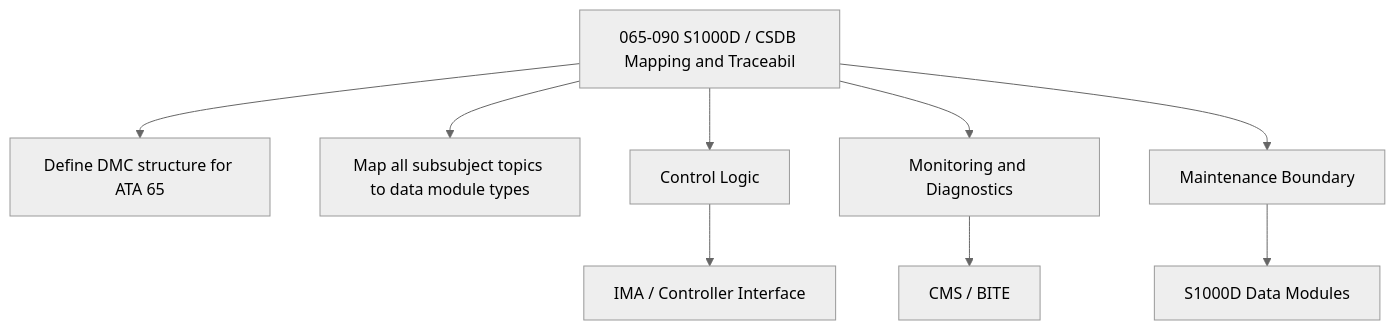
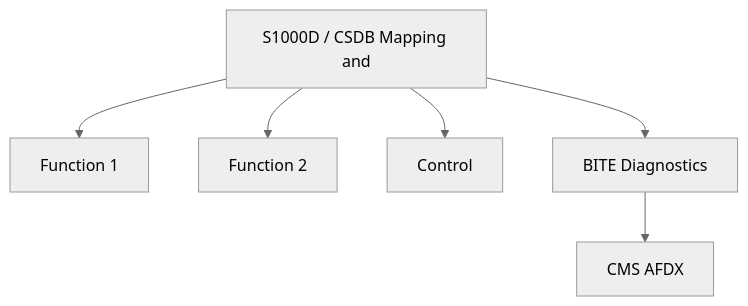
Before and after one commit to AmedeoPelliccia/Qplus-For-All-Queer-People-and-Quantum: the second of 2 diagrams in Q+ATLANTIDE/000-099_ATLAS/060-069_Propulsion-Tradicional/065_Ignition/065-090-S1000D-CSDB-Mapping-and-Traceability.md, drawn with Mermaid (neutral theme). The commit also changed other lines of this file and 74 other files, not shown here.

````diff
--- a/Q+ATLANTIDE/000-099_ATLAS/060-069_Propulsion-Tradicional/065_Ignition/065-090-S1000D-CSDB-Mapping-and-Traceability.md
+++ b/Q+ATLANTIDE/000-099_ATLAS/060-069_Propulsion-Tradicional/065_Ignition/065-090-S1000D-CSDB-Mapping-and-Traceability.md
@@ -172,11 +96,8 @@
 ```mermaid
 flowchart TB
-    SYS[065-090 S1000D / CSDB Mapping and Traceabil] --> F1[Define DMC structure for ATA 65]
-    SYS --> F2[Map all subsubject topics to data module types]
-    SYS --> CTRL[Control Logic]
-    SYS --> MON[Monitoring and Diagnostics]
-    SYS --> MAINT[Maintenance Boundary]
-    CTRL --> IMA[IMA / Controller Interface]
-    MON --> CMS[CMS / BITE]
-    MAINT --> CSDB[S1000D Data Modules]
+    SYS[S1000D / CSDB Mapping and] --> F1[Function 1]
+    SYS --> F2[Function 2]
+    SYS --> CTRL[Control]
+    SYS --> MON[BITE Diagnostics]
+    MON --> CMS[CMS AFDX]
 ```
````
